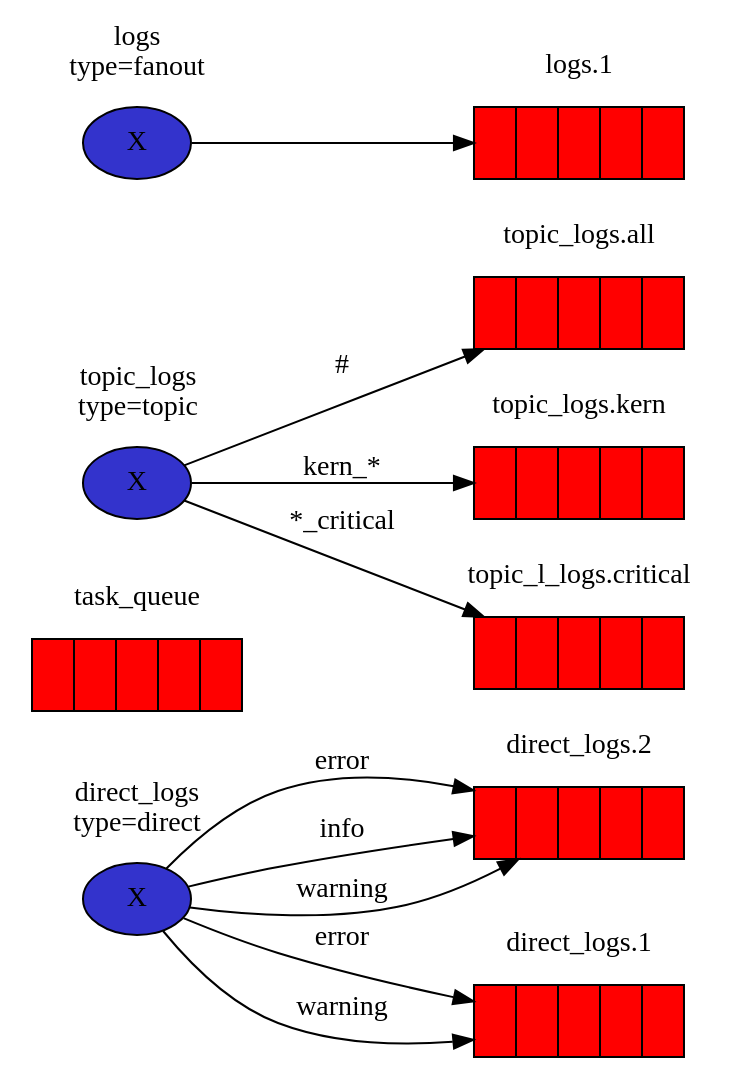
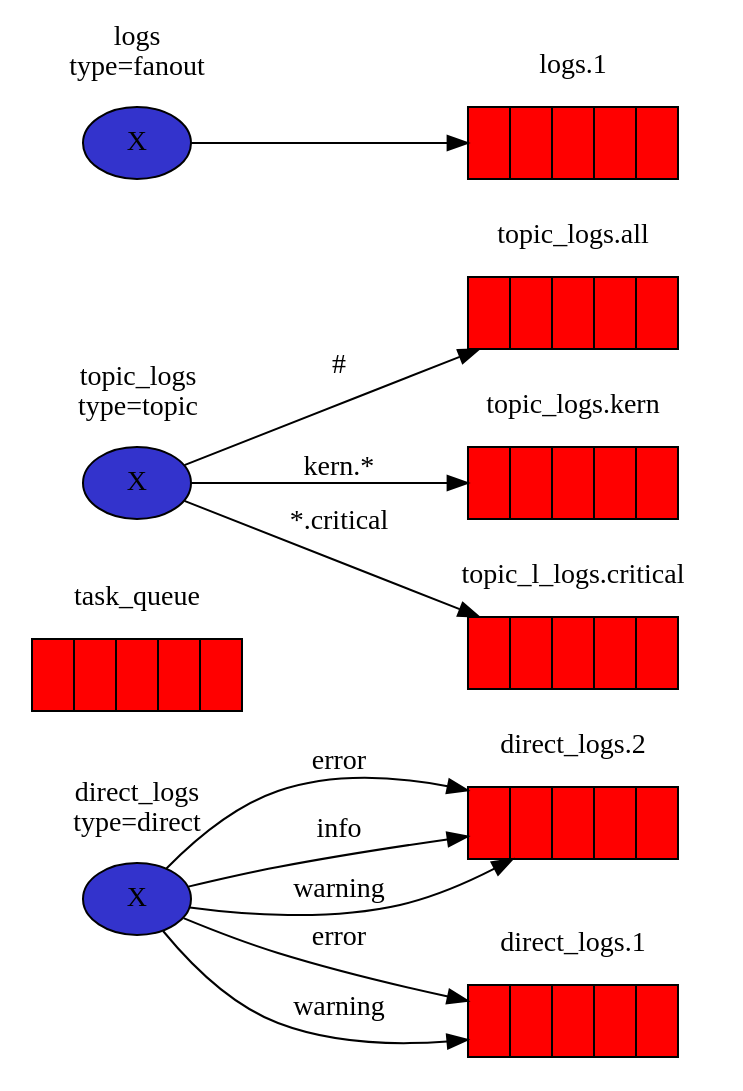
One commit to ljcoomber/rabbitmq-graphviz changed the diagram in samples/tutorial.dot. Above: the diagram before and after it, drawn with Graphviz. The commit also changed 3 other files, not shown here.

```diff
--- a/samples/tutorial.dot
+++ b/samples/tutorial.dot
@@ -1,76 +1,76 @@
 digraph {
   bgcolor=transparent;
   truecolor=true;
   rankdir=LR;
   node [style="filled"];
 
   subgraph cluster_Q_direct_logs_2 {
     label="direct_logs.2";
     color=transparent;
     "Q_direct_logs_2" [label="{||||}", fillcolor="red", shape="record"];
   }
 
   subgraph cluster_Q_task_queue {
     label="task_queue";
     color=transparent;
     "Q_task_queue" [label="{||||}", fillcolor="red", shape="record"];
   }
 
   subgraph cluster_Q_direct_logs_1 {
     label="direct_logs.1";
     color=transparent;
     "Q_direct_logs_1" [label="{||||}", fillcolor="red", shape="record"];
   }
 
   subgraph cluster_Q_topic_logs_all {
     label="topic_logs.all";
     color=transparent;
     "Q_topic_logs_all" [label="{||||}", fillcolor="red", shape="record"];
   }
 
   subgraph cluster_Q_logs_1 {
     label="logs.1";
     color=transparent;
     "Q_logs_1" [label="{||||}", fillcolor="red", shape="record"];
   }
 
   subgraph cluster_Q_topic_logs_kern {
     label="topic_logs.kern";
     color=transparent;
     "Q_topic_logs_kern" [label="{||||}", fillcolor="red", shape="record"];
   }
 
   subgraph cluster_Q_topic_l_logs_critical {
     label="topic_l_logs.critical";
     color=transparent;
     "Q_topic_l_logs_critical" [label="{||||}", fillcolor="red", shape="record"];
   }
 
   subgraph cluster_X_topic_logs {
     label="topic_logs\ntype=topic";
     color=transparent;
     "X_topic_logs" [label="X", fillcolor="#3333CC", shape="ellipse"];
   }
 
   subgraph cluster_X_logs {
     label="logs\ntype=fanout";
     color=transparent;
     "X_logs" [label="X", fillcolor="#3333CC", shape="ellipse"];
   }
 
   subgraph cluster_X_direct_logs {
     label="direct_logs\ntype=direct";
     color=transparent;
     "X_direct_logs" [label="X", fillcolor="#3333CC", shape="ellipse"];
   }
 
   X_direct_logs -> Q_direct_logs_1 [label="error"];
   X_direct_logs -> Q_direct_logs_2 [label="error"];
   X_direct_logs -> Q_direct_logs_2 [label="info"];
   X_direct_logs -> Q_direct_logs_1 [label="warning"];
   X_direct_logs -> Q_direct_logs_2 [label="warning"];
   X_logs -> Q_logs_1 [label=""];
   X_topic_logs -> Q_topic_logs_all [label="#"];
-  X_topic_logs -> Q_topic_l_logs_critical [label="*_critical"];
-  X_topic_logs -> Q_topic_logs_kern [label="kern_*"];
+  X_topic_logs -> Q_topic_l_logs_critical [label="*.critical"];
+  X_topic_logs -> Q_topic_logs_kern [label="kern.*"];
 }
```
